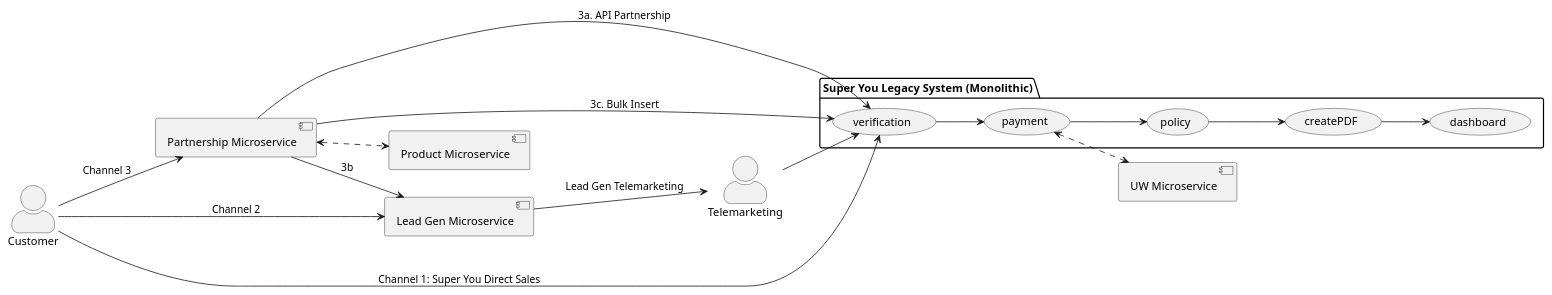
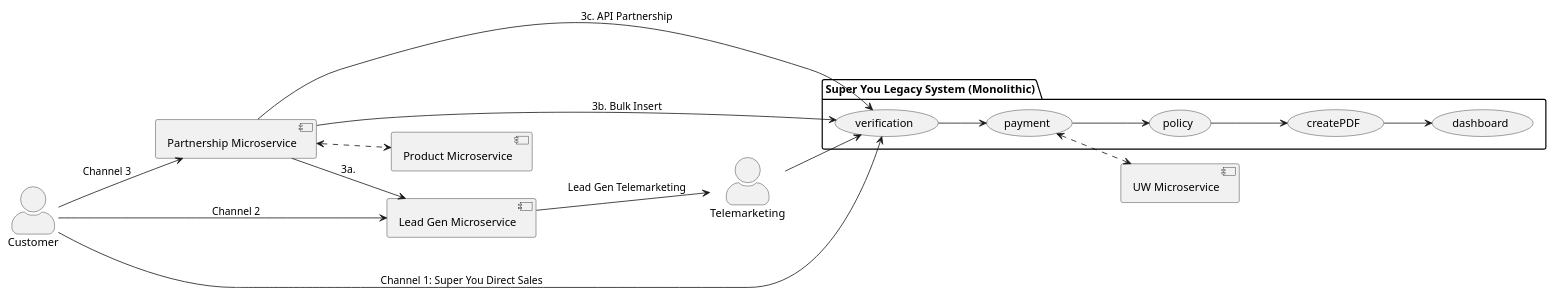
One commit to richardridwan20/notes changed the diagram in api-partnership/flow.puml. Above: the diagram before and after it, drawn with PlantUML. The commit also changed 3 other files, not shown here.

Commit message:
Add bulk download and fix api partnership

```diff
--- a/api-partnership/flow.puml
+++ b/api-partnership/flow.puml
@@ -2,33 +2,33 @@
 @startuml partnership-microservice
 left to right direction
 skinparam actorStyle awesome
 
 actor "Customer" as external
 component "Partnership Microservice" as partnership
 component "UW Microservice" as uw
 component "Lead Gen Microservice" as lg
 actor "Telemarketing" as tele
 component "Product Microservice" as product
 package "Super You Legacy System (Monolithic)" as superyou {
-    partnership --> (verification): "3a. API Partnership"
+    partnership --> (verification): "3c. API Partnership"
     (verification) --> (payment)
     (payment) --> (policy)
     (policy) --> (createPDF)
     (createPDF) --> (dashboard)
 }
 external --> (verification): "Channel 1: Super You Direct Sales"
 external --> lg: "Channel 2"
 lg --> tele: Lead Gen Telemarketing
 tele --> (verification)
-partnership --> lg: 3b
-partnership --> (verification): "3c. Bulk Insert"
+partnership --> lg: 3a.
+partnership --> (verification): "3b. Bulk Insert"
 ' lg --> tele: Lead Gen Telemarketing
 ' tele --> (verification)
 
 external --> partnership: "Channel 3"
 partnership <..> product
 (payment) <..> uw
 
 ' superyou --> payment
 ' sovera --> payment
 @enduml
```
